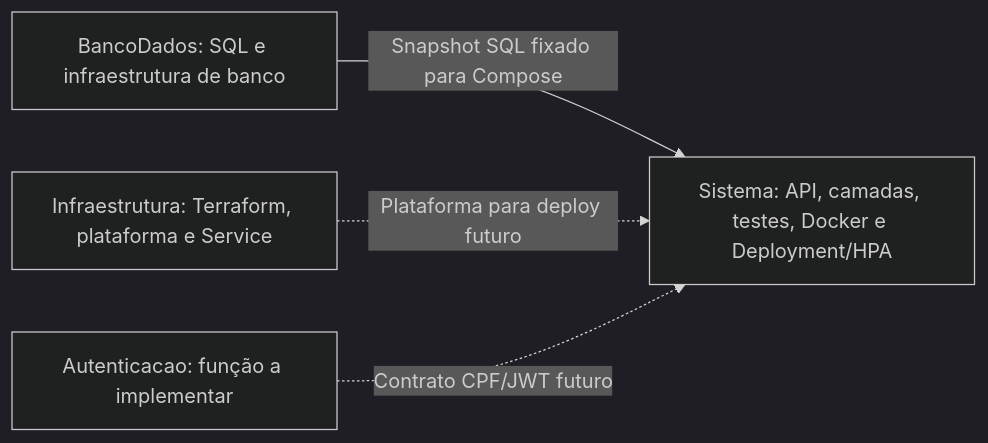
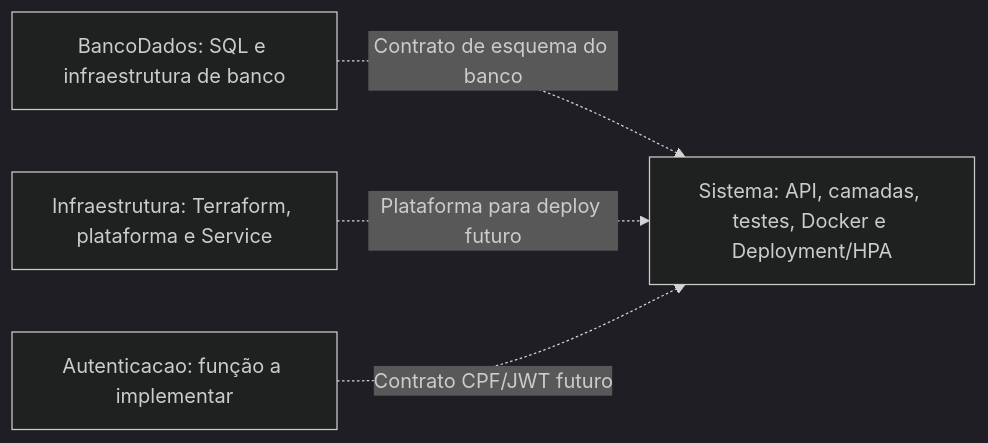
One commit to pknfelps/GerenciamentoMecanicaSistema changed the diagram in README.md. Above: the diagram before and after it, drawn with Mermaid (dark theme). The commit also changed other lines of this file and 13 other files, not shown here.

````diff
--- a/README.md
+++ b/README.md
@@ -40,10 +40,10 @@
 ```mermaid
 flowchart LR
     APP["Sistema: API, camadas, testes, Docker e Deployment/HPA"]
     INFRA["Infraestrutura: Terraform, plataforma e Service"]
     DB["BancoDados: SQL e infraestrutura de banco"]
     AUTH["Autenticacao: função a implementar"]
-    DB -->|"Snapshot SQL fixado para Compose"| APP
+    DB -.->|"Contrato de esquema do banco"| APP
     INFRA -.->|"Plataforma para deploy futuro"| APP
     AUTH -.->|"Contrato CPF/JWT futuro"| APP
 ```
````
